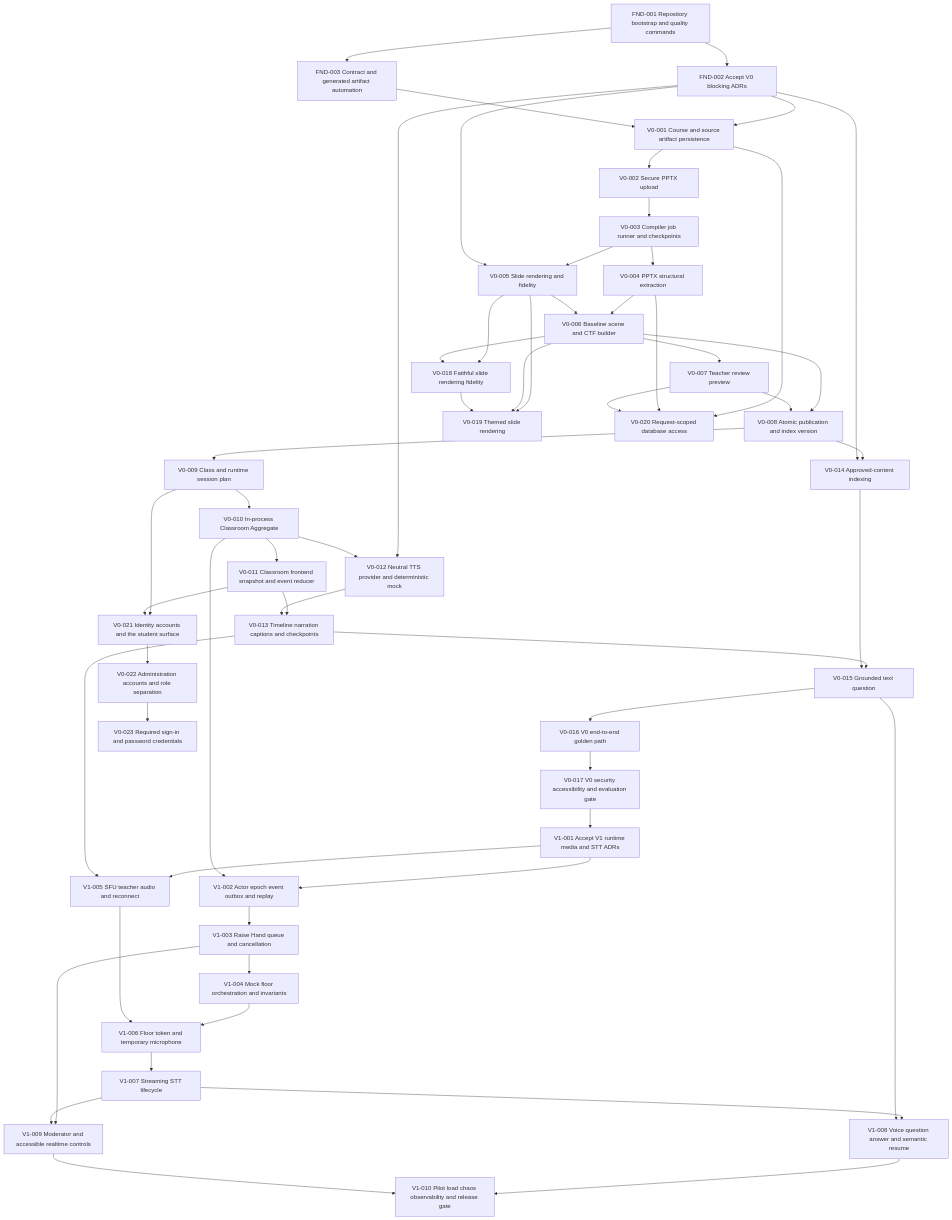
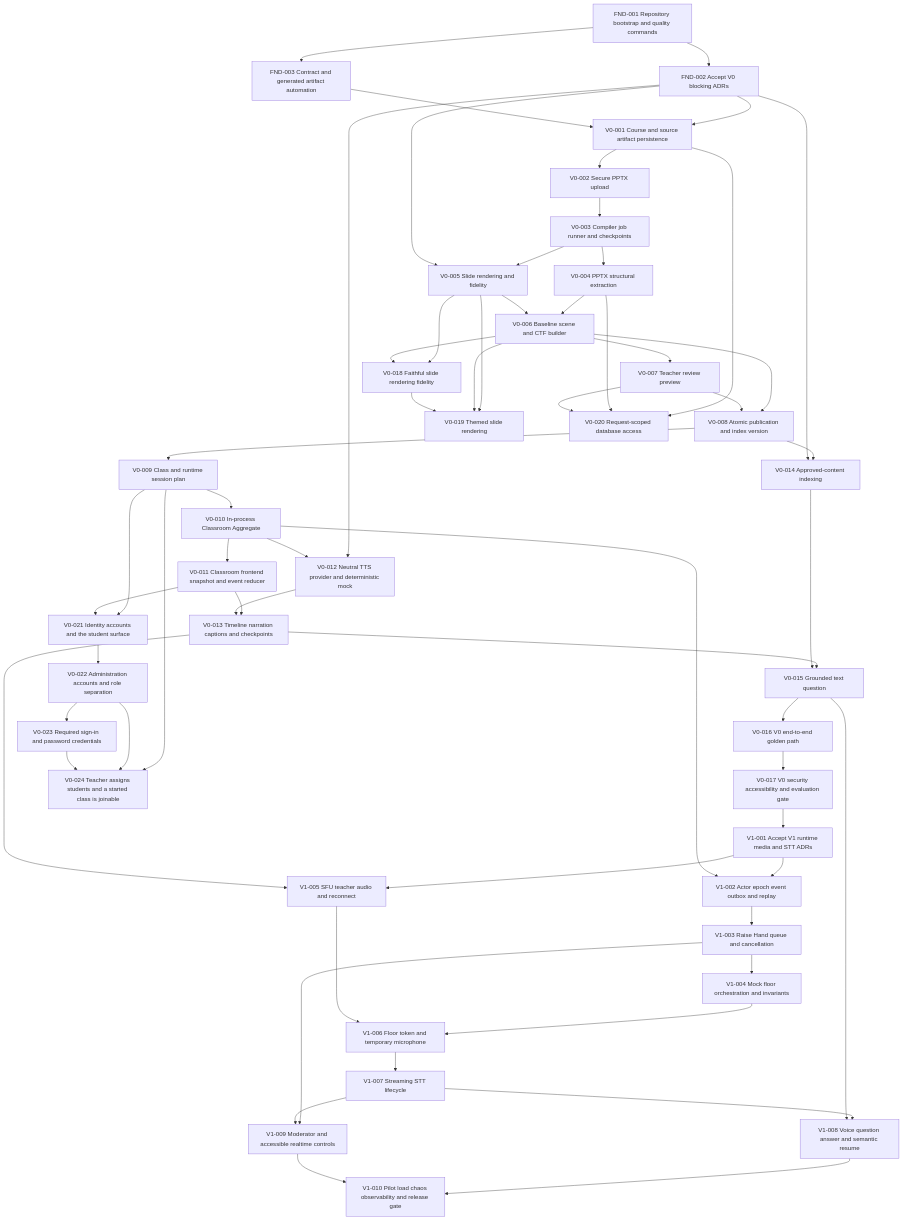
Before and after one commit to dnguyen24498/Mentora: the diagram in tasks/DEPENDENCY_GRAPH.md, drawn with Mermaid. The commit also changed 27 other files, not shown here.

Commit message:
V0-024: a teacher assigns students and only a started class is joinable

```diff
--- a/tasks/DEPENDENCY_GRAPH.md
+++ b/tasks/DEPENDENCY_GRAPH.md
@@ -67,6 +67,10 @@
   V0_021 --> V0_022
   V0_023["V0-023 Required sign-in and password credentials"]
   V0_022 --> V0_023
+  V0_024["V0-024 Teacher assigns students and a started class is joinable"]
+  V0_009 --> V0_024
+  V0_022 --> V0_024
+  V0_023 --> V0_024
   V1_001["V1-001 Accept V1 runtime media and STT ADRs"]
   V0_017 --> V1_001
   V1_002["V1-002 Actor epoch event outbox and replay"]
```
